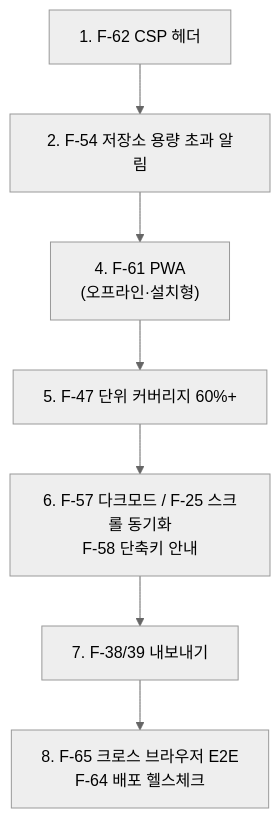
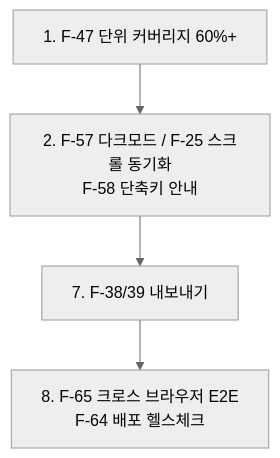
The diagram in docs/features/feature-status.md (devworld-ltd/markdownEditor), drawn with Mermaid (neutral theme) before and after one commit. The commit also changed other lines of this file and 23 other files, not shown here.

First line of the commit message:
feat: CSP 헤더 · 저장소 용량 초과 알림 · PWA 오프라인 지원 (F-62, F-54, F-61)

````diff
--- a/docs/features/feature-status.md
+++ b/docs/features/feature-status.md
@@ -146,9 +149,6 @@
 ```mermaid
 graph TD
-  B["1. F-62 CSP 헤더"] --> C["2. F-54 저장소 용량 초과 알림"]
-  C --> D["4. F-61 PWA<br/>(오프라인·설치형)"]
-  D --> E["5. F-47 단위 커버리지 60%+"]
-  E --> F["6. F-57 다크모드 / F-25 스크롤 동기화<br/>F-58 단축키 안내"]
+  E["1. F-47 단위 커버리지 60%+"] --> F["2. F-57 다크모드 / F-25 스크롤 동기화<br/>F-58 단축키 안내"]
   F --> G["7. F-38/39 내보내기"]
   G --> H["8. F-65 크로스 브라우저 E2E<br/>F-64 배포 헬스체크"]
 ```
````
